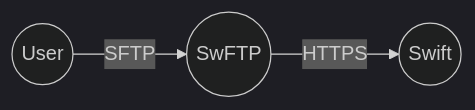
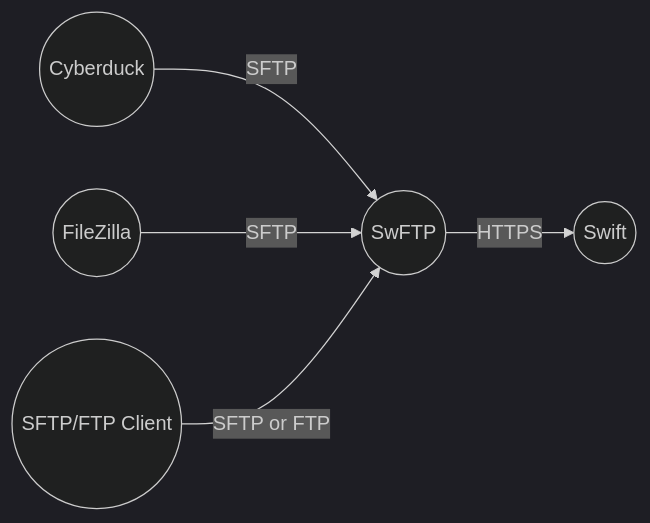
The diagram in content/posts/2023-07-30_swftp/index.md (sudorandom/kmcd.dev), drawn with Mermaid (dark theme) before and after one commit. The commit also changed 1 other file, not shown here.

Commit message:
Remove debugging, add some SFTP client examples

````diff
--- a/content/posts/2023-07-30_swftp/index.md
+++ b/content/posts/2023-07-30_swftp/index.md
@@ -19,5 +19,7 @@
 ```mermaid
 graph LR
-    user((User)) -- SFTP --> swftp((SwFTP))
+    cyberduck((Cyberduck)) -- SFTP --> swftp((SwFTP))
+    filezilla((FileZilla)) -- SFTP --> swftp((SwFTP))
+    client((SFTP/FTP Client)) -- SFTP or FTP --> swftp((SwFTP))
     swftp((SwFTP)) -- HTTPS --> swift((Swift))
 ```
````
